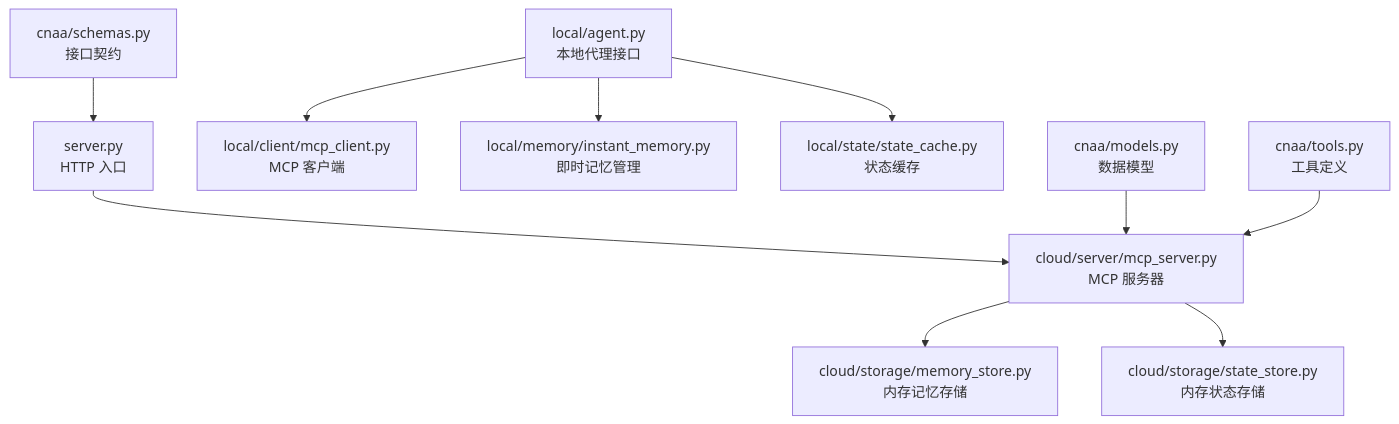
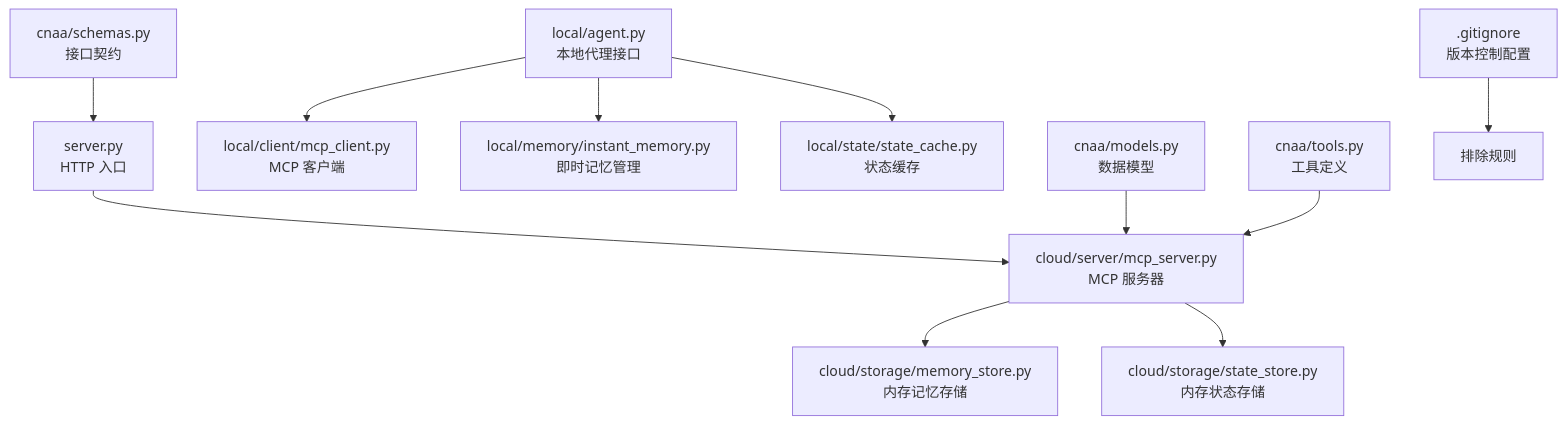
The first of 8 diagrams in .qoder/repowiki/zh/content/开发指南/项目配置.md (lgx236/CNAA-Cloud-Native-Agent-Architecture-), drawn with Mermaid before and after one commit. The commit also changed other lines of this file and 99 other files, not shown here.

````diff
--- a/.qoder/repowiki/zh/content/开发指南/项目配置.md
+++ b/.qoder/repowiki/zh/content/开发指南/项目配置.md
@@ -44,12 +53,13 @@
 ```mermaid
 graph TB
 A["server.py<br/>HTTP 入口"] --> B["cloud/server/mcp_server.py<br/>MCP 服务器"]
 B --> C["cloud/storage/memory_store.py<br/>内存记忆存储"]
 B --> D["cloud/storage/state_store.py<br/>内存状态存储"]
 E["local/agent.py<br/>本地代理接口"] --> F["local/client/mcp_client.py<br/>MCP 客户端"]
 E --> G["local/memory/instant_memory.py<br/>即时记忆管理"]
 E --> H["local/state/state_cache.py<br/>状态缓存"]
 I["cnaa/models.py<br/>数据模型"] --> B
 J["cnaa/schemas.py<br/>接口契约"] --> A
 K["cnaa/tools.py<br/>工具定义"] --> B
+L[".gitignore<br/>版本控制配置"] --> M["排除规则"]
 ```
````
